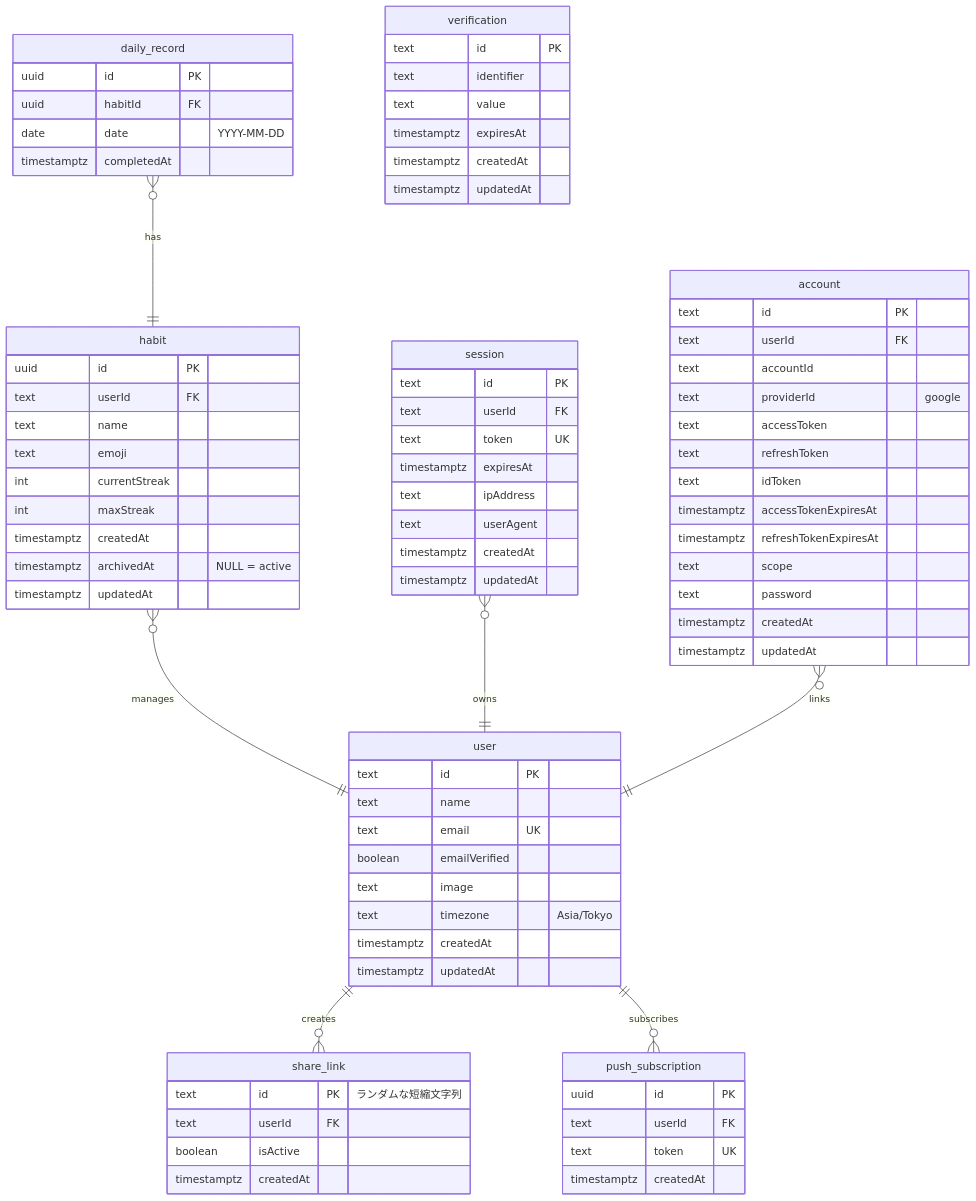
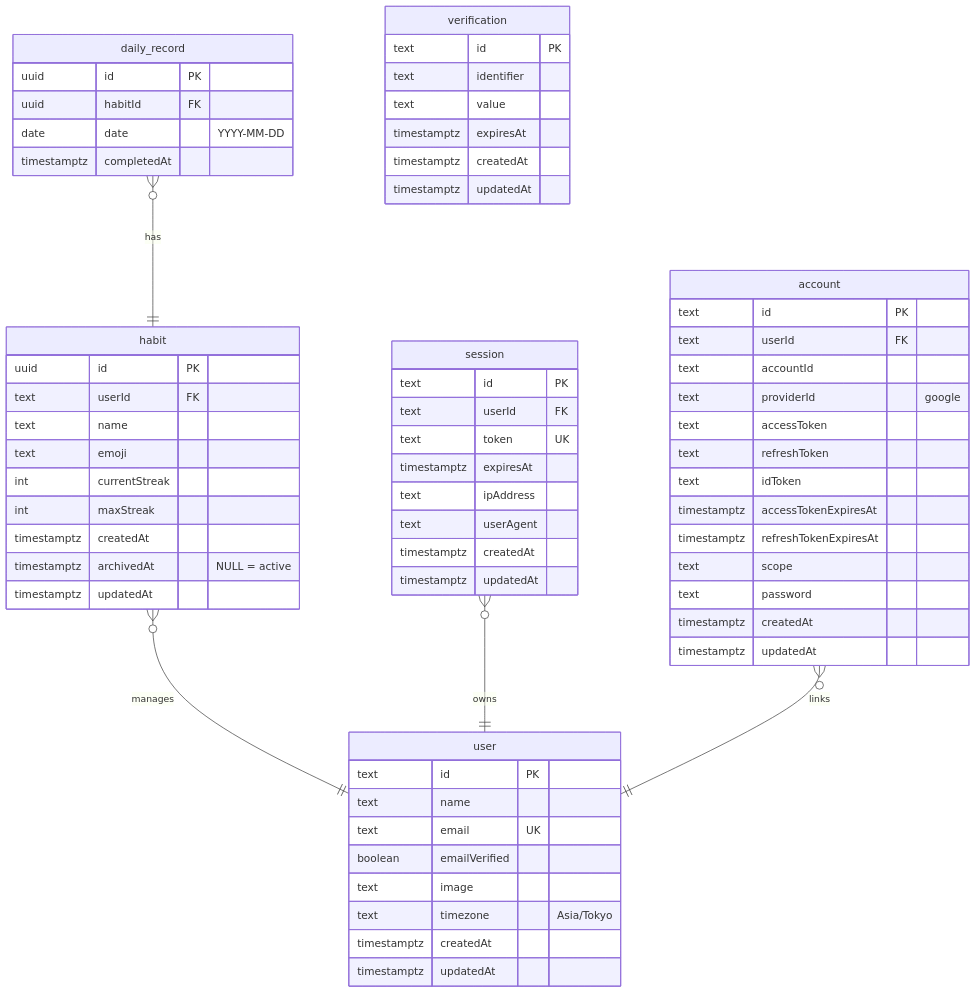
Before and after one commit to devegoma/dailygreen: the first of 2 diagrams in docs/db.md, drawn with Mermaid. The commit also changed other lines of this file and 5 other files, not shown here.

````diff
--- a/docs/db.md
+++ b/docs/db.md
@@ -23,8 +25,6 @@
     habit }o--|| user : "manages"
     session }o--|| user : "owns"
     account }o--|| user : "links"
-    user ||--o{ share_link : "creates"
-    user ||--o{ push_subscription : "subscribes"
 
     daily_record {
         uuid id PK
@@ -93,17 +93,4 @@
         timestamptz updatedAt
     }
 
-    share_link {
-        text id PK "ランダムな短縮文字列"
-        text userId FK
-        boolean isActive
-        timestamptz createdAt
-    }
-
-    push_subscription {
-        uuid id PK
-        text userId FK
-        text token UK
-        timestamptz createdAt
-    }
 ```
````
